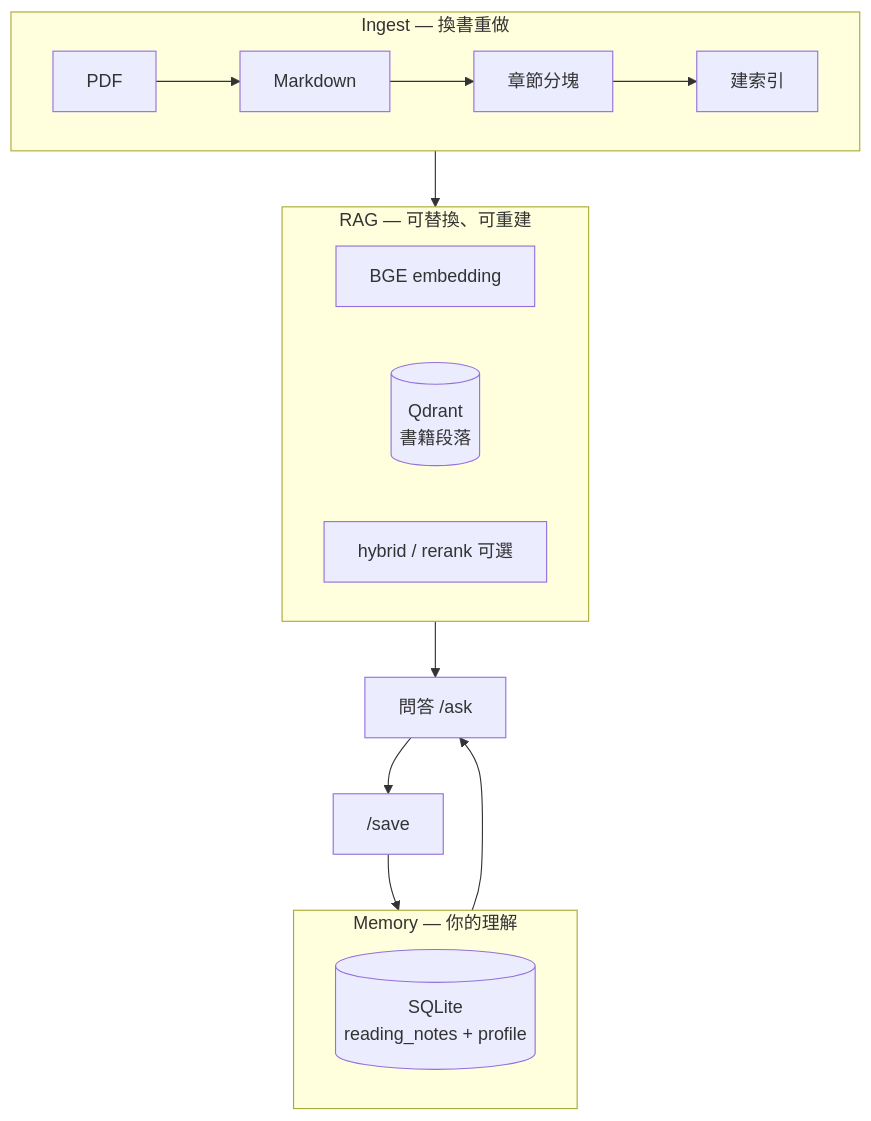
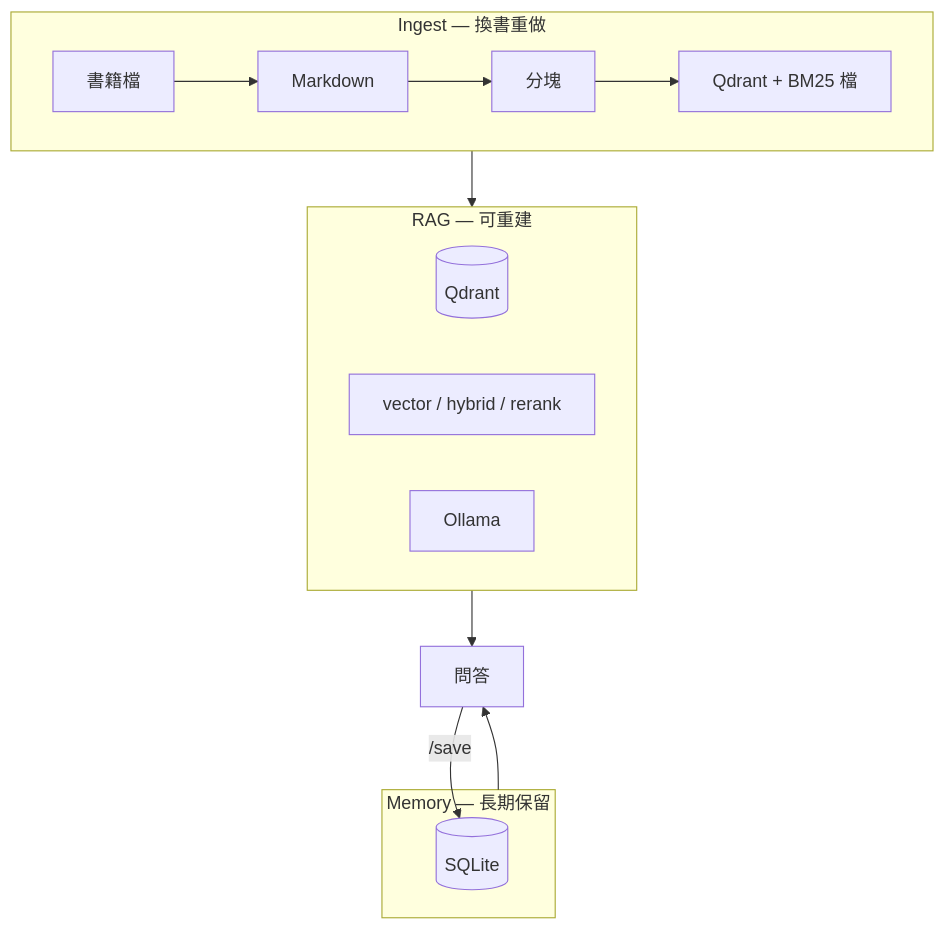
One commit to yu2C/book-spirit changed the diagram in ARCHITECTURE.md. Above: the diagram before and after it, drawn with Mermaid. The commit also changed other lines of this file and 16 other files, not shown here.

````diff
--- a/ARCHITECTURE.md
+++ b/ARCHITECTURE.md
@@ -17,24 +17,23 @@
 ```mermaid
 flowchart TB
-    subgraph memory [Memory — 你的理解]
-        SQLite[(SQLite\nreading_notes + profile)]
+    subgraph ingest [Ingest — 換書重做]
+        Src[書籍檔] --> MD[Markdown]
+        MD --> Chunk[分塊]
+        Chunk --> Index[Qdrant + BM25 檔]
     end
 
-    subgraph rag [RAG — 可替換、可重建]
-        BGE[BGE embedding]
-        Qdrant[(Qdrant\n書籍段落)]
-        Hybrid[hybrid / rerank 可選]
+    subgraph rag [RAG — 可重建]
+        Qdrant[(Qdrant)]
+        Retrieve[vector / hybrid / rerank]
+        Ollama[Ollama]
     end
 
-    subgraph ingest [Ingest — 換書重做]
-        PDF[PDF] --> MD[Markdown]
-        MD --> Chunk[章節分塊]
-        Chunk --> Index[建索引]
+    subgraph memory [Memory — 長期保留]
+        SQLite[(SQLite)]
     end
 
     ingest --> rag
-    memory --> Chat[問答 /ask]
-    rag --> Chat
-    Chat --> Save["/save"]
-    Save --> memory
+    rag --> Chat[問答]
+    memory --> Chat
+    Chat -->|/save| SQLite
 ```
````
